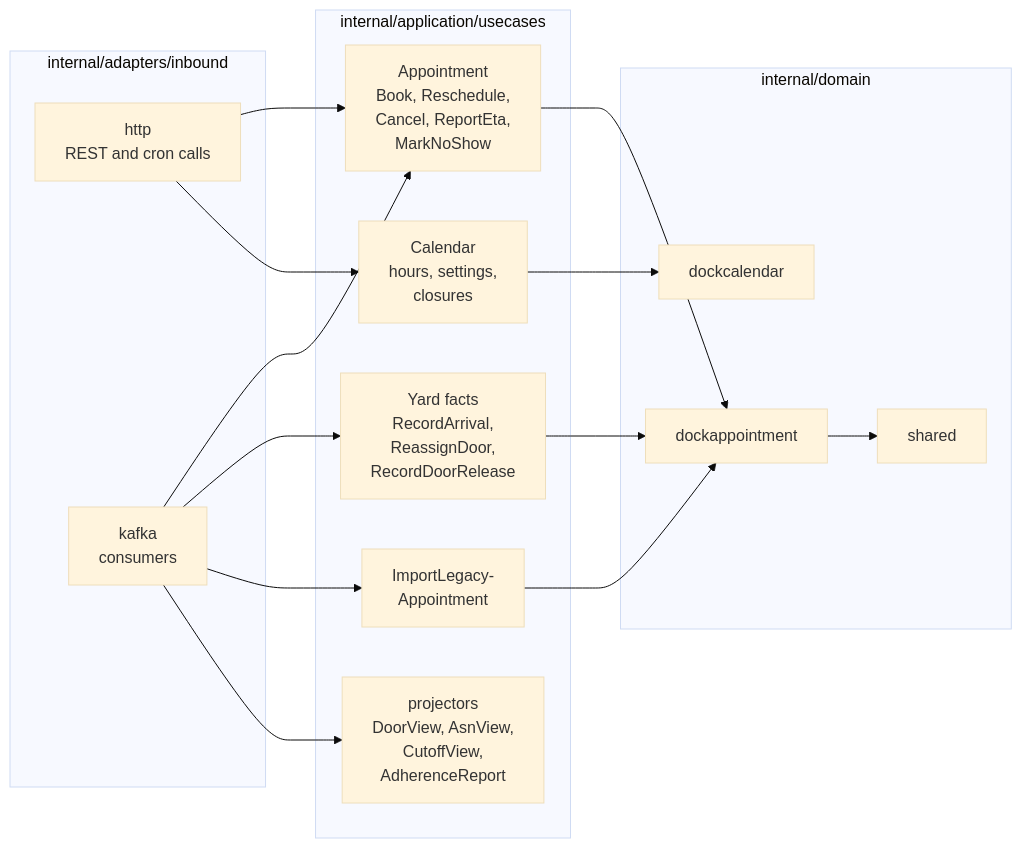
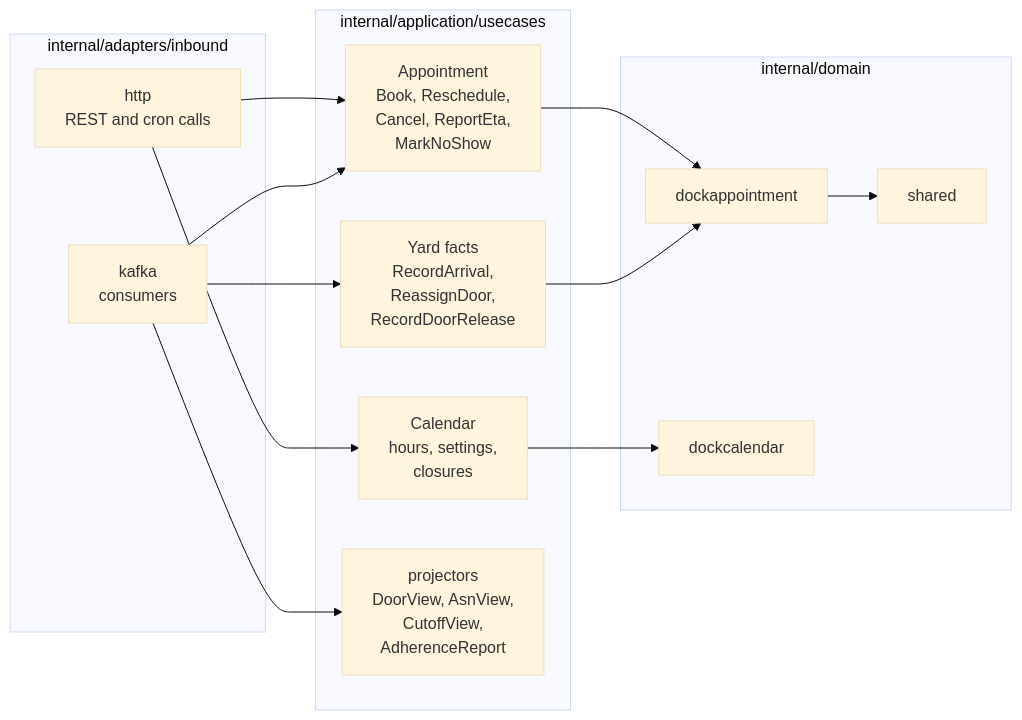
The eighth of 9 diagrams in yard/docs/contexts/dock-scheduling/class-diagram.md (IQVO/warehouse-docs), drawn with Mermaid (base theme) before and after one commit. The commit also changed other lines of this file and 19 other files, not shown here.

````diff
--- a/yard/docs/contexts/dock-scheduling/class-diagram.md
+++ b/yard/docs/contexts/dock-scheduling/class-diagram.md
@@ -428,30 +421,27 @@
 ```mermaid
 flowchart LR
     subgraph IN["internal/adapters/inbound"]
         HTTP["http<br/>REST and cron calls"]
         KAF["kafka<br/>consumers"]
     end
     subgraph APP["internal/application/usecases"]
         UC1["Appointment<br/>Book, Reschedule,<br/>Cancel, ReportEta,<br/>MarkNoShow"]
         UC2["Yard facts<br/>RecordArrival,<br/>ReassignDoor,<br/>RecordDoorRelease"]
         UC3["Calendar<br/>hours, settings,<br/>closures"]
-        UC4["ImportLegacy-<br/>Appointment"]
         PRJ["projectors<br/>DoorView, AsnView,<br/>CutoffView,<br/>AdherenceReport"]
     end
     subgraph DOM["internal/domain"]
         D1["dockappointment"]
         D2["dockcalendar"]
         D3["shared"]
     end
     HTTP --> UC1
     HTTP --> UC3
     KAF --> UC1
     KAF --> UC2
-    KAF --> UC4
     KAF --> PRJ
     UC1 --> D1
     UC2 --> D1
     UC3 --> D2
-    UC4 --> D1
     D1 --> D3
 ```
````
